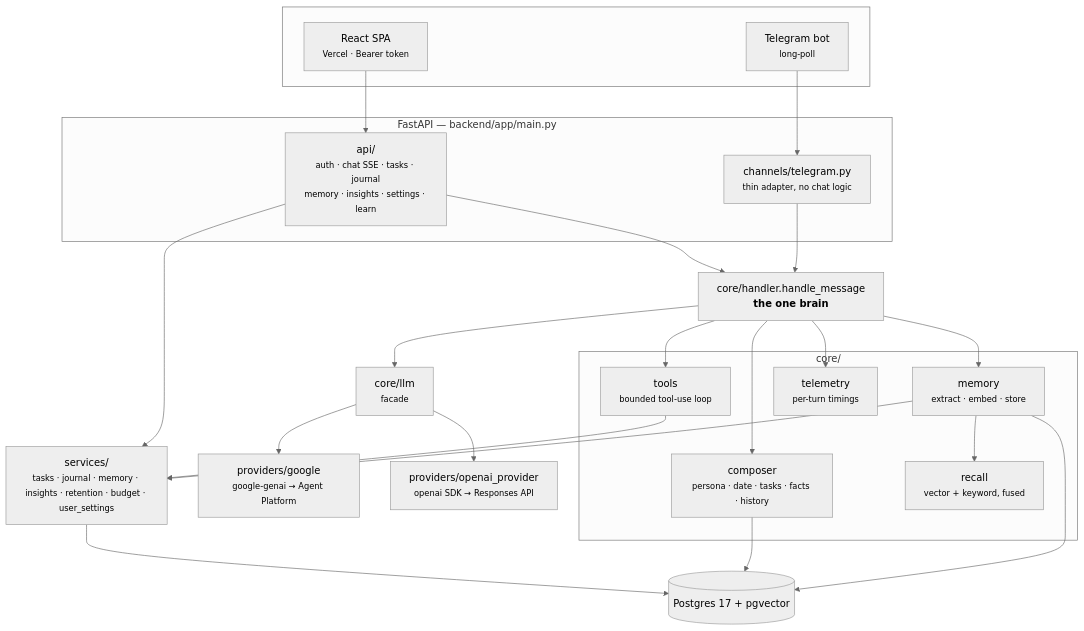
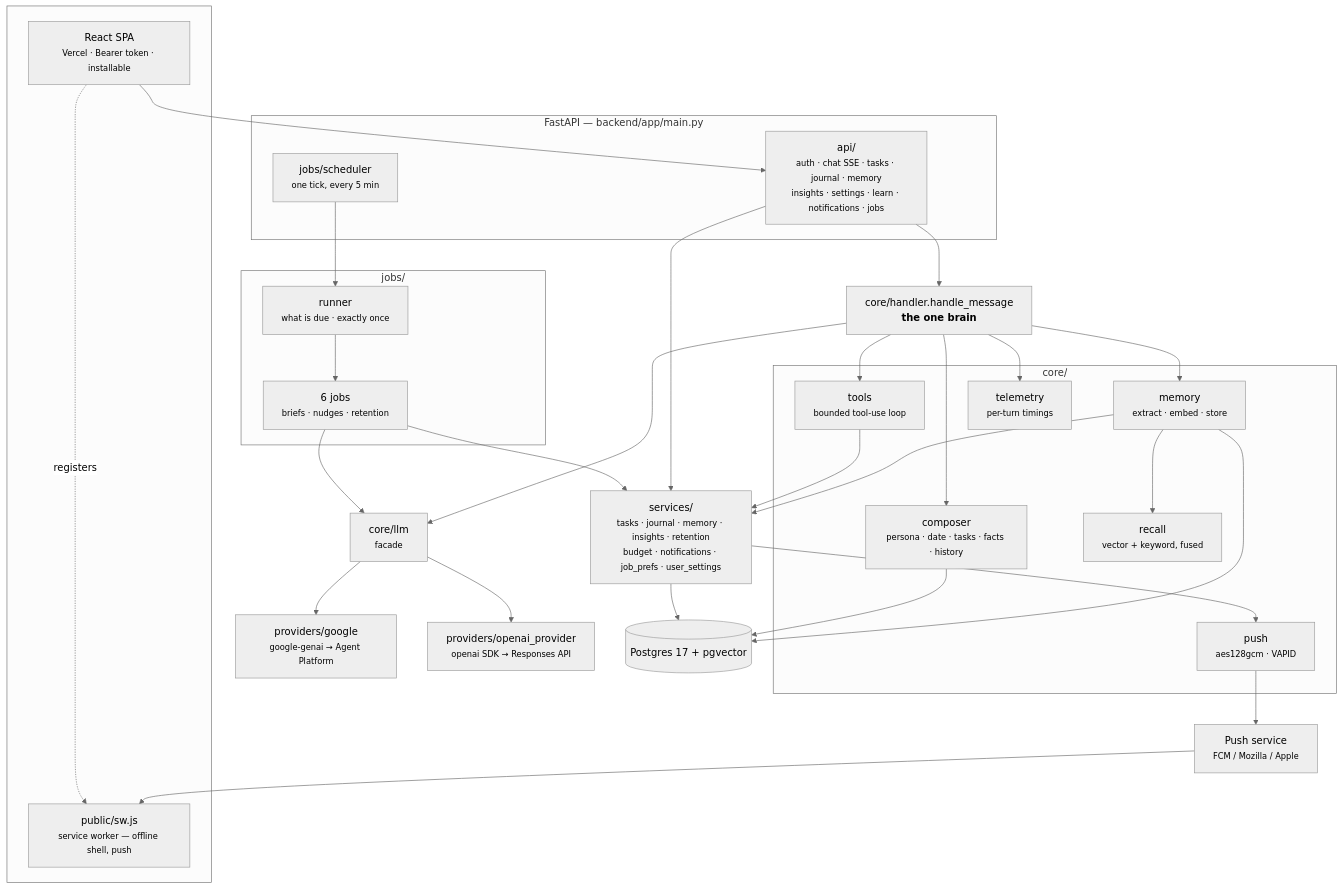
Before and after one commit to narendra632/aceroai: the first of 11 diagrams in docs/ARCHITECTURE.md, drawn with Mermaid (neutral theme). The commit also changed other lines of this file and 85 other files, not shown here.

````diff
--- a/docs/ARCHITECTURE.md
+++ b/docs/ARCHITECTURE.md
@@ -28,41 +28,53 @@
 ```mermaid
 flowchart TB
     subgraph clients [" "]
-        SPA["React SPA<br/><small>Vercel · Bearer token</small>"]
-        TG["Telegram bot<br/><small>long-poll</small>"]
+        SPA["React SPA<br/><small>Vercel · Bearer token · installable</small>"]
+        SW["public/sw.js<br/><small>service worker — offline shell, push</small>"]
     end
 
+    PUSHSVC["Push service<br/><small>FCM / Mozilla / Apple</small>"]
+
     subgraph api ["FastAPI — backend/app/main.py"]
-        ROUTES["api/<br/><small>auth · chat SSE · tasks · journal<br/>memory · insights · settings · learn</small>"]
-        CHAN["channels/telegram.py<br/><small>thin adapter, no chat logic</small>"]
+        ROUTES["api/<br/><small>auth · chat SSE · tasks · journal · memory<br/>insights · settings · learn · notifications · jobs</small>"]
+        SCHED["jobs/scheduler<br/><small>one tick, every 5 min</small>"]
     end
 
     BRAIN["core/handler.handle_message<br/><b>the one brain</b>"]
+
+    subgraph jobsbox ["jobs/"]
+        RUNNER["runner<br/><small>what is due · exactly once</small>"]
+        JOBSET["6 jobs<br/><small>briefs · nudges · retention</small>"]
+    end
 
     subgraph brainparts ["core/"]
         COMP["composer<br/><small>persona · date · tasks · facts · history</small>"]
         TOOLS["tools<br/><small>bounded tool-use loop</small>"]
         MEM["memory<br/><small>extract · embed · store</small>"]
         REC["recall<br/><small>vector + keyword, fused</small>"]
         TEL["telemetry<br/><small>per-turn timings</small>"]
+        PUSH["push<br/><small>aes128gcm · VAPID</small>"]
     end
 
     LLM["core/llm<br/><small>facade</small>"]
     GOOG["providers/google<br/><small>google-genai → Agent Platform</small>"]
     OAI["providers/openai_provider<br/><small>openai SDK → Responses API</small>"]
 
-    SVC["services/<br/><small>tasks · journal · memory · insights · retention · budget · user_settings</small>"]
+    SVC["services/<br/><small>tasks · journal · memory · insights · retention<br/>budget · notifications · job_prefs · user_settings</small>"]
     DB[("Postgres 17 + pgvector")]
 
     SPA --> ROUTES --> BRAIN
-    TG --> CHAN --> BRAIN
+    SPA -.registers.-> SW
+    SCHED --> RUNNER --> JOBSET
+    JOBSET --> SVC
+    JOBSET --> LLM
     BRAIN --> COMP & TOOLS & MEM & TEL
     MEM --> REC
     BRAIN --> LLM --> GOOG & OAI
     TOOLS --> SVC
     MEM --> SVC
     ROUTES --> SVC
+    SVC --> PUSH --> PUSHSVC --> SW
     SVC --> DB
     COMP --> DB
     MEM --> DB
 ```
````
